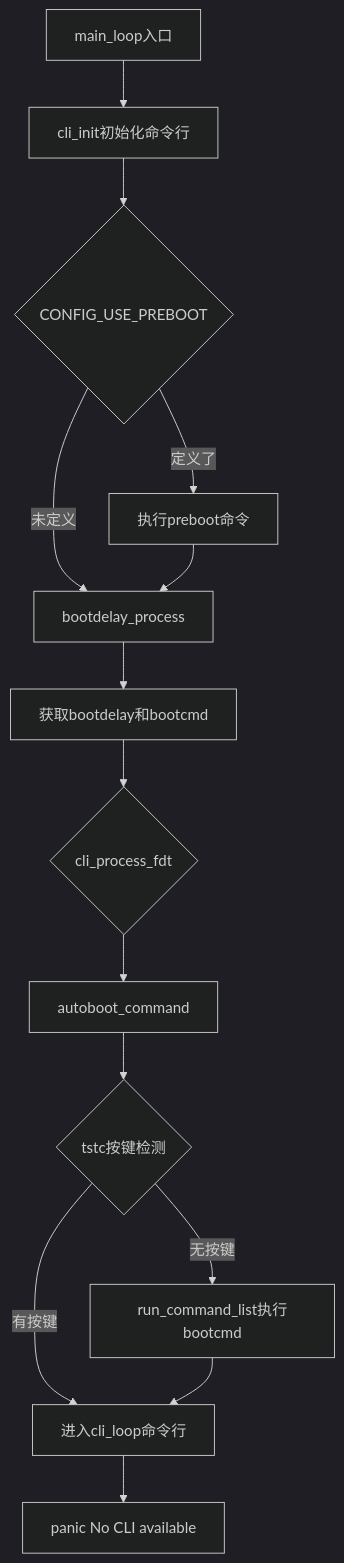
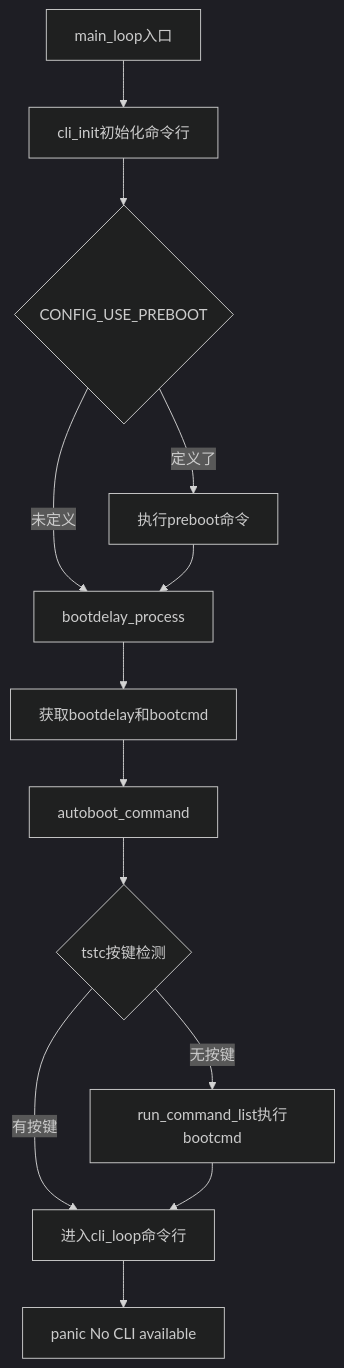
Before and after one commit to xiaohong0925/Embedded_Knowledge_System_V2026: the diagram in docs/02-核心机制深度解析/第7章 启动链深度解析/7.3.3_bootcmd执行流程与autoboot.md, drawn with Mermaid (dark theme). The commit also changed other lines of this file and 20 other files, not shown here.

````diff
--- a/docs/02-核心机制深度解析/第7章 启动链深度解析/7.3.3_bootcmd执行流程与autoboot.md
+++ b/docs/02-核心机制深度解析/第7章 启动链深度解析/7.3.3_bootcmd执行流程与autoboot.md
@@ -22,16 +18,15 @@
 ```mermaid
 flowchart TD
     A[main_loop入口] --> B[cli_init初始化命令行]
     B --> C{CONFIG_USE_PREBOOT}
     C -->|定义了| D[执行preboot命令]
     C -->|未定义| E[bootdelay_process]
     D --> E
     E --> F[获取bootdelay和bootcmd]
-    F --> G{cli_process_fdt}
-    G --> H[autoboot_command]
-    H --> I{tstc按键检测}
-    I -->|无按键| J[run_command_list执行bootcmd]
-    I -->|有按键| K[进入cli_loop命令行]
-    J --> K
-    K --> L[panic No CLI available]
+    F --> G[autoboot_command]
+    G --> H{tstc按键检测}
+    H -->|无按键| I[run_command_list执行bootcmd]
+    H -->|有按键| J[进入cli_loop命令行]
+    I --> J
+    J --> K[panic No CLI available]
 ```
````
